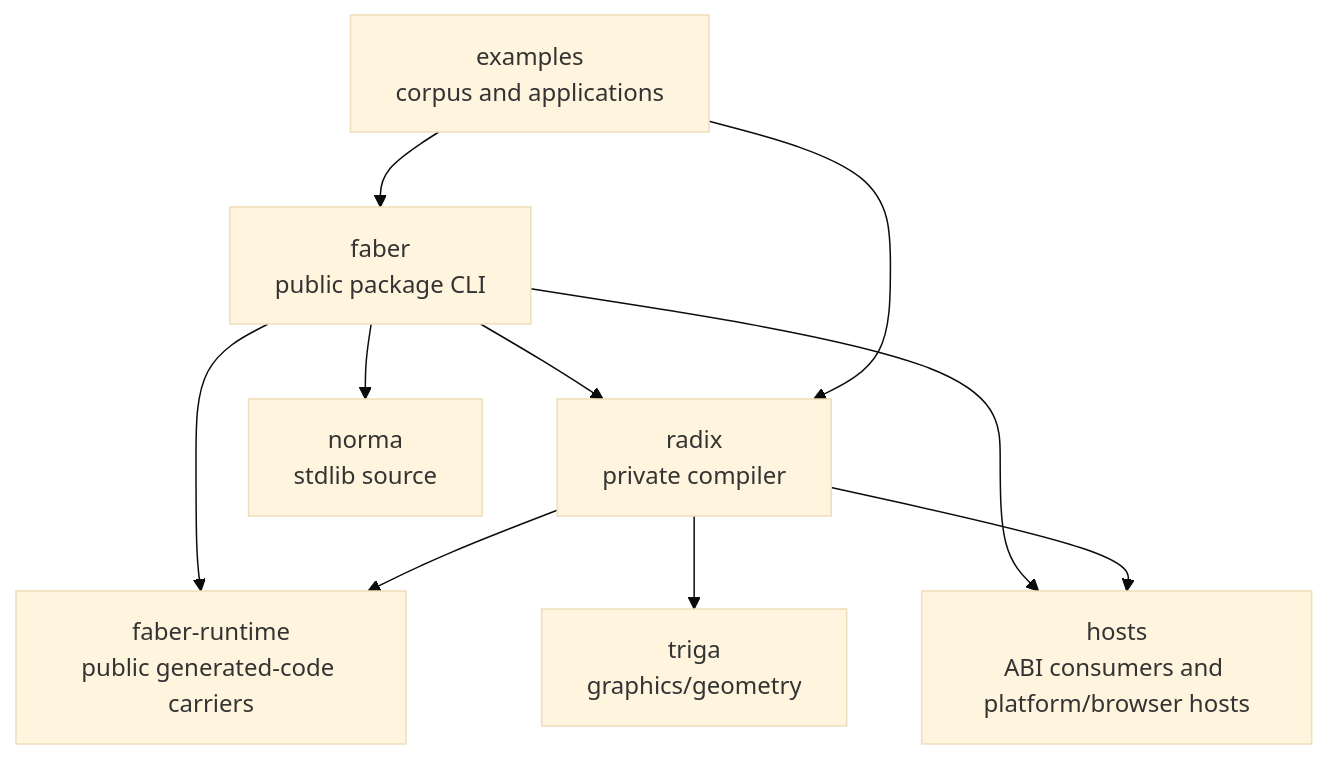
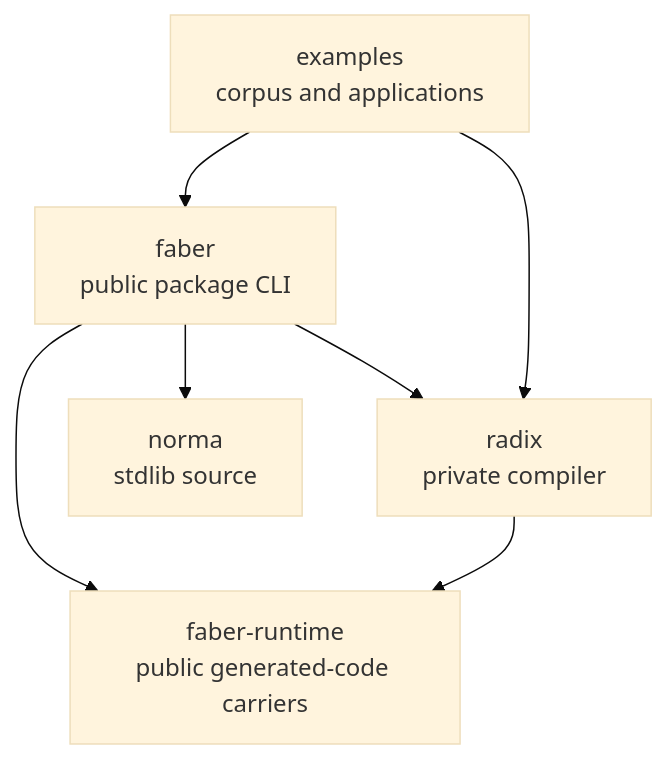
One commit to faberlang/faberlang.dev changed the second of 10 diagrams in src/en-US/toolchain/radix.md. Above: the diagram before and after it, drawn with Mermaid (base theme). The commit also changed other lines of this file and 49 other files, not shown here.

````diff
--- a/src/en-US/toolchain/radix.md
+++ b/src/en-US/toolchain/radix.md
@@ -138,20 +138,15 @@
 ```mermaid
 flowchart TB
     Radix["radix\nprivate compiler"]
     Faber["faber\npublic package CLI"]
     Runtime["faber-runtime\npublic generated-code carriers"]
-    Hosts["hosts\nABI consumers and platform/browser hosts"]
     Norma["norma\nstdlib source"]
-    Triga["triga\ngraphics/geometry"]
     Examples["examples\ncorpus and applications"]
 
     Faber --> Radix
     Faber --> Runtime
     Faber --> Norma
-    Faber --> Hosts
     Radix --> Runtime
-    Radix --> Triga
-    Radix --> Hosts
     Examples --> Faber
     Examples --> Radix
 ```
````
